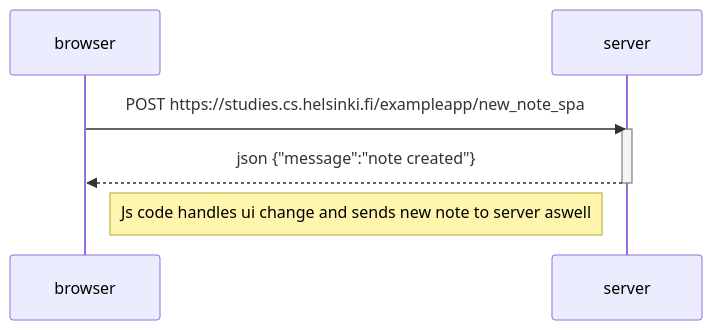
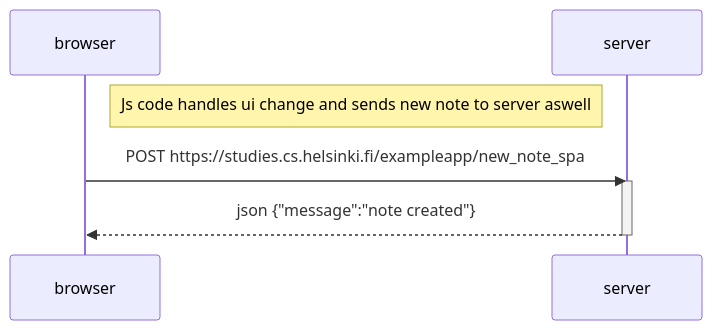
The diagram in part0/notesSPA_POST.md (Osku-dev/FSO_new), drawn with Mermaid before and after one commit.

````diff
--- a/part0/notesSPA_POST.md
+++ b/part0/notesSPA_POST.md
@@ -1,13 +1,11 @@
 ```mermaid
 sequenceDiagram
     participant browser
     participant server
-    
+
+    Note right of browser: Js code handles ui change and sends new note to server aswell
     browser->>server: POST https://studies.cs.helsinki.fi/exampleapp/new_note_spa
     activate server
     server-->>browser: json {"message":"note created"}
     deactivate server
-    
-
-    Note right of browser: Js code handles ui change and sends new note to server aswell
 ```
````
